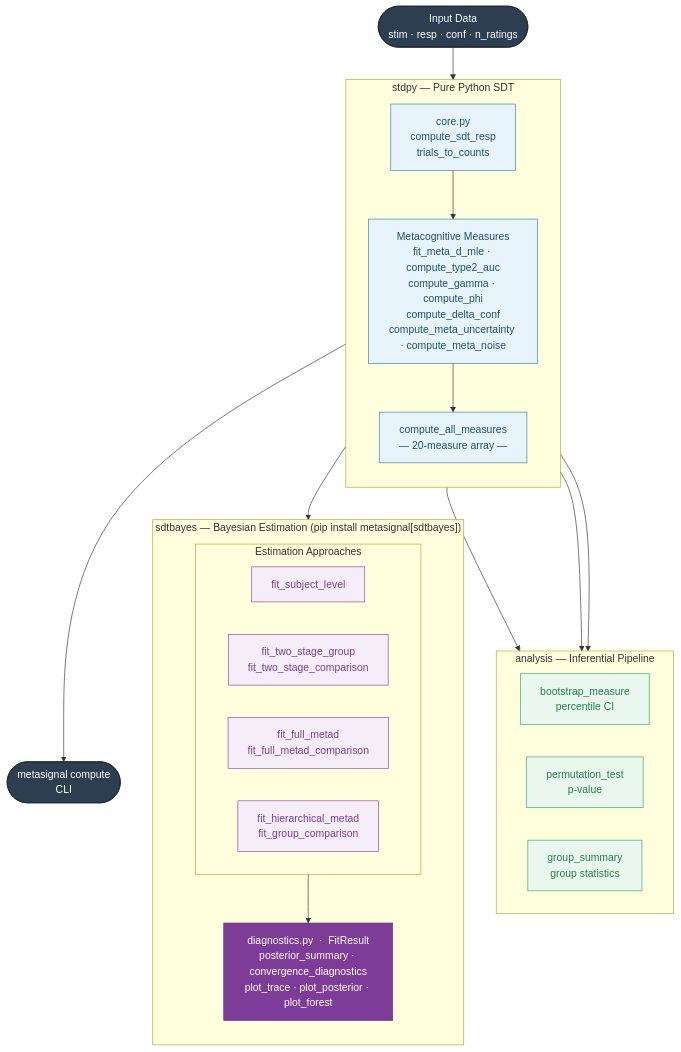
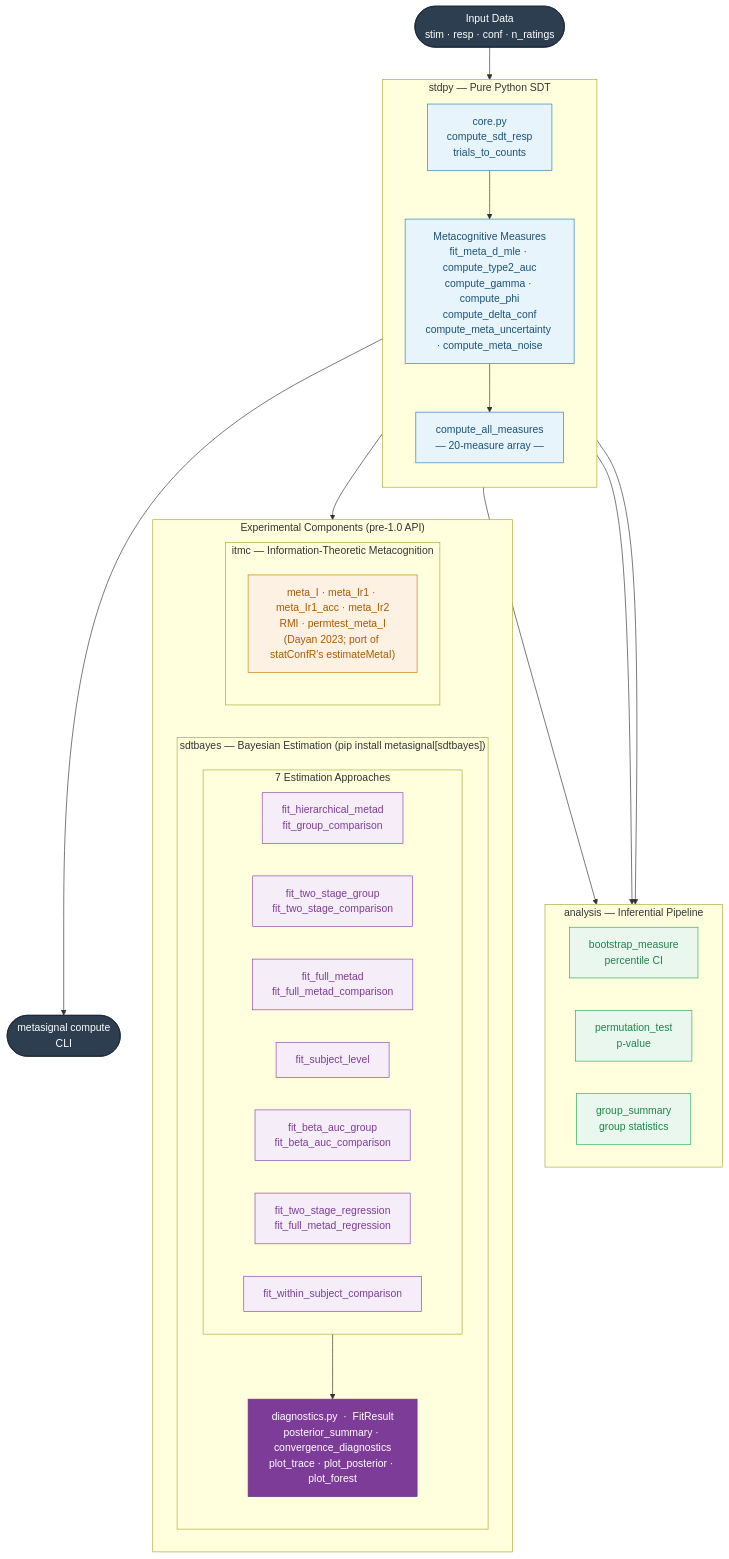
One commit to saurabhr/metasignal changed the diagram in paper/structure.md. Above: the diagram before and after it, drawn with Mermaid. The commit also changed other lines of this file and 3 other files, not shown here.

First line of the commit message:
Docs: expand sdtbayes, add itmc, update stdpy API

````diff
--- a/paper/structure.md
+++ b/paper/structure.md
@@ -3,53 +3,66 @@
 ```mermaid
 graph TD
     INPUT(["Input Data\nstim · resp · conf · n_ratings"])
 
     subgraph STDPY ["stdpy — Pure Python SDT"]
         direction TB
         CORE["core.py\ncompute_sdt_resp\ntrials_to_counts"]
         MEASURES["Metacognitive Measures\nfit_meta_d_mle · compute_type2_auc\ncompute_gamma · compute_phi\ncompute_delta_conf\ncompute_meta_uncertainty · compute_meta_noise"]
         COMPUTE_ALL["compute_all_measures\n― 20-measure array ―"]
         CORE --> MEASURES --> COMPUTE_ALL
     end
 
     subgraph ANALYSIS ["analysis — Inferential Pipeline"]
         direction LR
         BOOTSTRAP["bootstrap_measure\npercentile CI"]
         PERMUTATION["permutation_test\np-value"]
         GROUP["group_summary\ngroup statistics"]
     end
 
-    subgraph SDTBAYES ["sdtbayes — Bayesian Estimation  (pip install metasignal[sdtbayes])"]
-        direction TB
-        subgraph MODELS ["Estimation Approaches"]
-            direction LR
-            SUBJECT["fit_subject_level"]
-            TWO_STAGE["fit_two_stage_group\nfit_two_stage_comparison"]
-            FULL["fit_full_metad\nfit_full_metad_comparison"]
-            HIER["fit_hierarchical_metad\nfit_group_comparison"]
+    subgraph EXPERIMENTAL ["Experimental Components (pre-1.0 API)"]
+        direction LR
+        subgraph SDTBAYES ["sdtbayes — Bayesian Estimation  (pip install metasignal[sdtbayes])"]
+            direction TB
+            subgraph MODELS ["7 Estimation Approaches"]
+                direction LR
+                HIER["fit_hierarchical_metad\nfit_group_comparison"]
+                TWO_STAGE["fit_two_stage_group\nfit_two_stage_comparison"]
+                FULL["fit_full_metad\nfit_full_metad_comparison"]
+                SUBJECT["fit_subject_level"]
+                BETA["fit_beta_auc_group\nfit_beta_auc_comparison"]
+                REGR["fit_two_stage_regression\nfit_full_metad_regression"]
+                WITHIN["fit_within_subject_comparison"]
+            end
+            DIAG["diagnostics.py  ·  FitResult\nposterior_summary · convergence_diagnostics\nplot_trace · plot_posterior · plot_forest"]
+            MODELS --> DIAG
         end
-        DIAG["diagnostics.py  ·  FitResult\nposterior_summary · convergence_diagnostics\nplot_trace · plot_posterior · plot_forest"]
-        MODELS --> DIAG
+
+        subgraph ITMC ["itmc — Information-Theoretic Metacognition"]
+            direction TB
+            ITMC_FN["meta_I · meta_Ir1 · meta_Ir1_acc · meta_Ir2\nRMI · permtest_meta_I\n(Dayan 2023; port of statConfR's estimateMetaI)"]
+        end
     end
 
     CLI(["metasignal compute\nCLI"])
 
     INPUT --> STDPY
     COMPUTE_ALL --> BOOTSTRAP
     COMPUTE_ALL --> PERMUTATION
     COMPUTE_ALL --> GROUP
-    COMPUTE_ALL --> SDTBAYES
     COMPUTE_ALL --> CLI
+    STDPY --> EXPERIMENTAL
 
     classDef io fill:#2c3e50,color:#fff,stroke:#1a252f
     classDef measure fill:#e8f4fc,color:#1a5276,stroke:#2980b9
     classDef inference fill:#e9f7ef,color:#1e8449,stroke:#27ae60
     classDef bayes fill:#f5eef8,color:#7d3c98,stroke:#8e44ad
+    classDef itmc fill:#fdf1e3,color:#a85b00,stroke:#c77b00
     classDef diag fill:#7d3c98,color:#fff,stroke:#6c3483
 
     class INPUT,CLI io
     class CORE,MEASURES,COMPUTE_ALL measure
     class BOOTSTRAP,PERMUTATION,GROUP inference
-    class SUBJECT,TWO_STAGE,FULL,HIER bayes
+    class HIER,TWO_STAGE,FULL,SUBJECT,BETA,REGR,WITHIN bayes
+    class ITMC_FN itmc
     class DIAG diag
 ```
````
